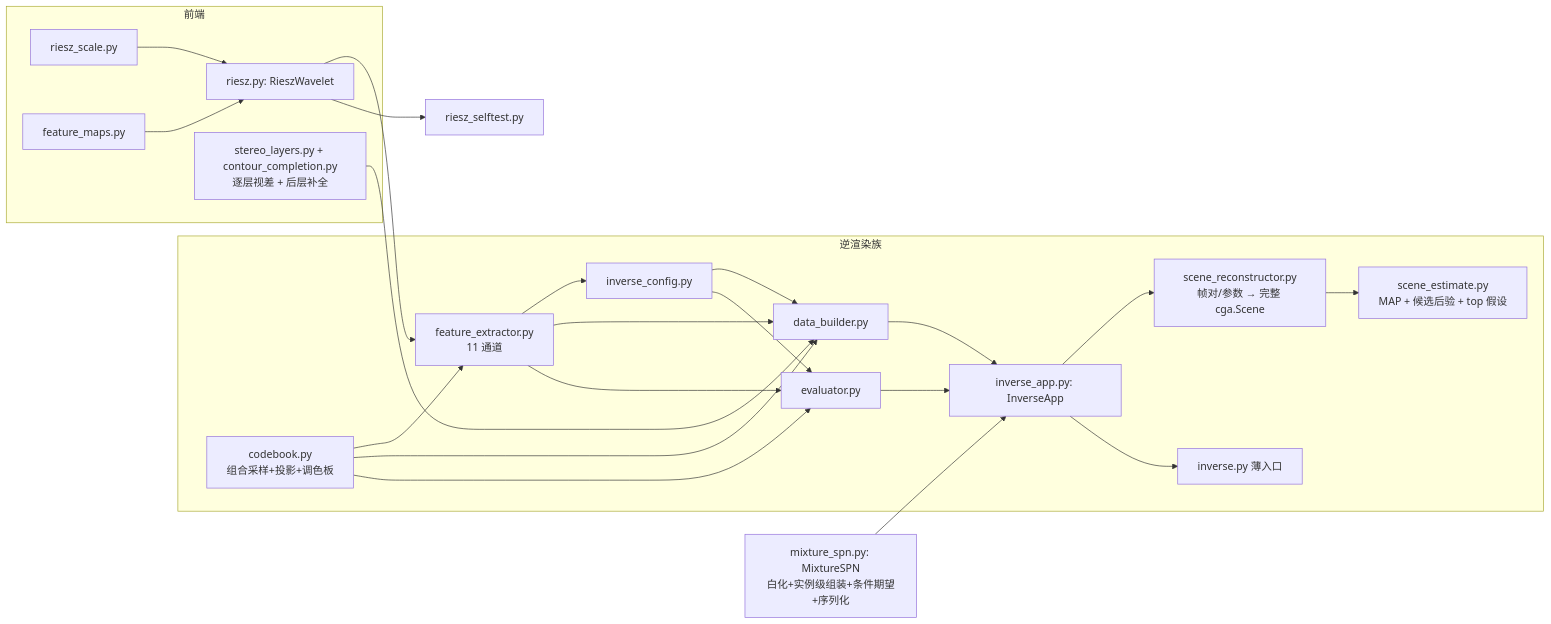
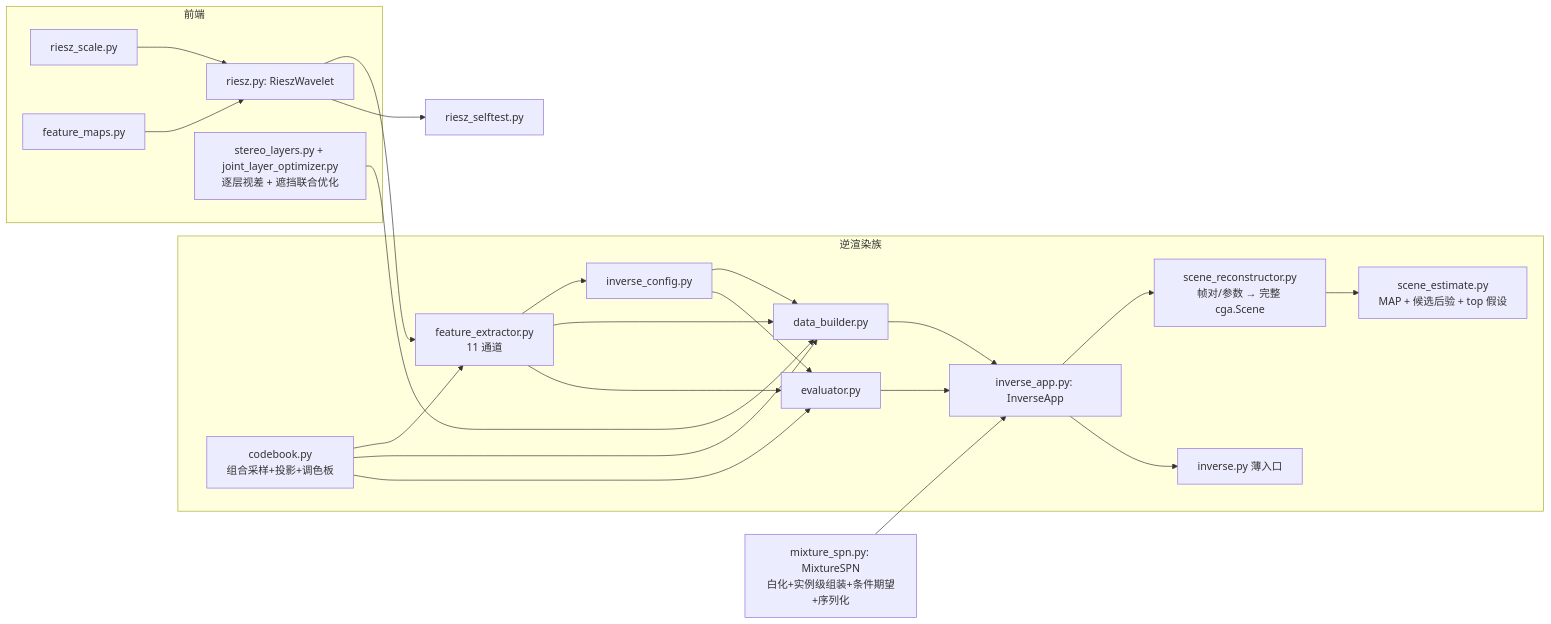
The fourth of 5 diagrams in docs/architecture.md (aki-xavier/conger), drawn with Mermaid before and after one commit. The commit also changed other lines of this file and 8 other files, not shown here.

````diff
--- a/docs/architecture.md
+++ b/docs/architecture.md
@@ -135,18 +138,18 @@
 ```mermaid
 flowchart LR
     subgraph CORE["逆渲染族"]
         CBK["codebook.py<br/>组合采样+投影+调色板"] --> FEX["feature_extractor.py<br/>11 通道"] --> DCFG["inverse_config.py"]
         CBK & FEX & DCFG --> DB["data_builder.py"] & EV["evaluator.py"]
         DB & EV --> APP["inverse_app.py: InverseApp"]
         APP --> REC["scene_reconstructor.py<br/>帧对/参数 → 完整 cga.Scene"]
         REC --> EST["scene_estimate.py<br/>MAP + 候选后验 + top 假设"]
         APP --> ENTRY["inverse.py 薄入口"]
     end
     subgraph FRONT["前端"]
         RS["riesz_scale.py"] & FM["feature_maps.py"] --> RW["riesz.py: RieszWavelet"]
         RW --> FEX
-        SL["stereo_layers.py + contour_completion.py<br/>逐层视差 + 后层补全"] --> DB
+        SL["stereo_layers.py + joint_layer_optimizer.py<br/>逐层视差 + 遮挡联合优化"] --> DB
     end
     MSP["mixture_spn.py: MixtureSPN<br/>白化+实例级组装+条件期望+序列化"] --> APP
     RW --> ST["riesz_selftest.py"]
 ```
````
